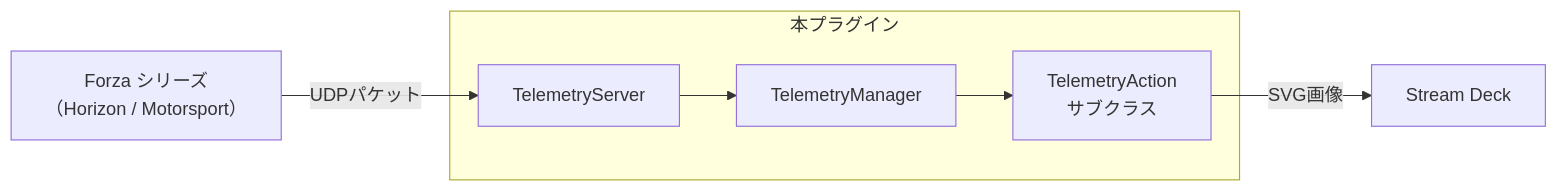
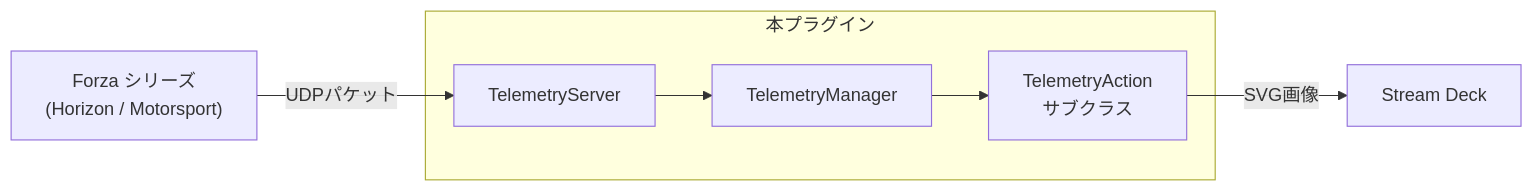
The diagram in docs/architecture.md (shiguruikai/streamdeck-forza-telemetry), drawn with Mermaid before and after one commit. The commit also changed other lines of this file, not shown here.

Commit message:
docs(architecture): 最新の実装に合わせて構成と設計の説明を更新

````diff
--- a/docs/architecture.md
+++ b/docs/architecture.md
@@ -110,15 +124,15 @@
 ```mermaid
 flowchart LR
-    Forza["Forza シリーズ\n（Horizon / Motorsport）"]
+    Forza["Forza シリーズ\n(Horizon / Motorsport)"]
     Server[TelemetryServer]
     Manager[TelemetryManager]
     Actions[TelemetryAction\nサブクラス]
     SD[Stream Deck]
 
     Forza -->|UDPパケット| Server
     subgraph 本プラグイン
         Server --> Manager
         Manager --> Actions
     end
     Actions -->|SVG画像| SD
 ```
````
